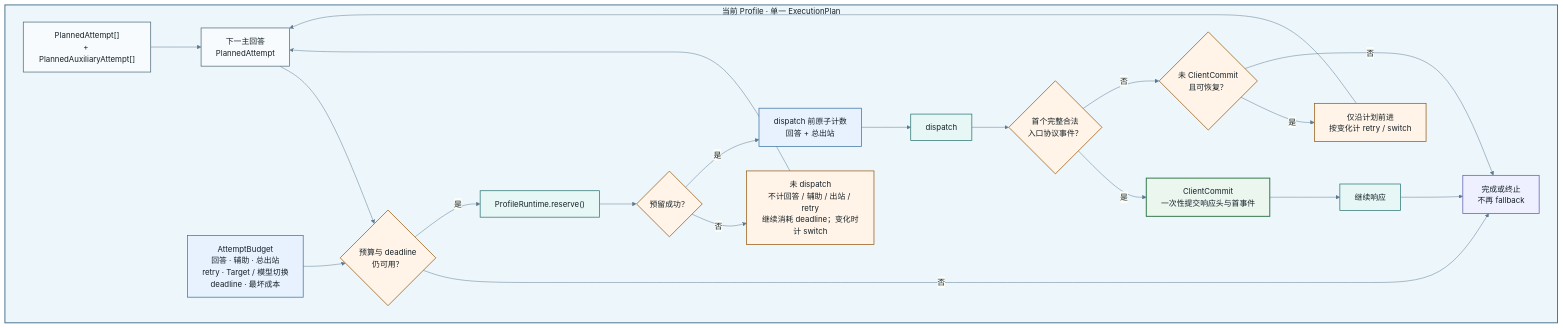
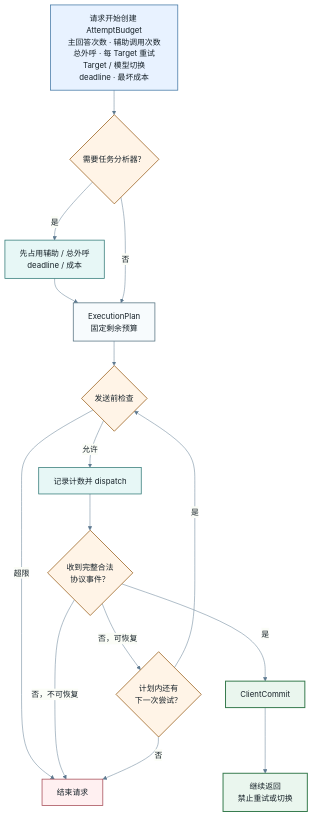
Before and after one commit to Euphie/llm-proxy: the diagram in docs-site/diagrams/attempt-budget.mmd, drawn with Mermaid. The commit also changed 39 other files, not shown here.

```diff
--- a/docs-site/diagrams/attempt-budget.mmd
+++ b/docs-site/diagrams/attempt-budget.mmd
@@ -1,63 +1,45 @@
 ---
 config:
   theme: base
   themeVariables:
     background: "#f4f9fc"
     fontFamily: "-apple-system, BlinkMacSystemFont, PingFang SC, sans-serif"
     primaryColor: "#f7fbfd"
     primaryTextColor: "#172229"
     primaryBorderColor: "#7ea1b4"
     lineColor: "#5d7990"
     clusterBkg: "#edf6fb"
     clusterBorder: "#7fafcf"
   flowchart:
     curve: basis
     htmlLabels: true
 ---
-flowchart LR
-  accTitle: 统一 AttemptBudget 与 ClientCommit 边界
-  accDescr: 同一 Profile 的执行计划统一约束主回答和辅助调用；只有实际 dispatch 才增加相应调用计数，提交前可恢复失败可沿计划前进，ClientCommit 后禁止重试或换 Target。
+flowchart TB
+  accTitle: 所有在线外呼共用一份 AttemptBudget
+  accDescr: 请求开始即创建 AttemptBudget。需要任务分析时先消耗辅助调用、总出站、截止时间和成本预算，随后 ExecutionPlan 固定剩余预算；主回答、视觉、重试和模型或 Target 切换继续共用它。预算不足立即结束，ClientCommit 后禁止重试和切换。响应后的异步评测使用独立预算，不在本图内。
 
-  subgraph PROFILE["当前 Profile · 单一 ExecutionPlan"]
-    direction LR
-    PLAN["PlannedAttempt[]<br/>+ PlannedAuxiliaryAttempt[]"]
-    BUDGET["AttemptBudget<br/>回答 · 辅助 · 总出站<br/>retry · Target / 模型切换<br/>deadline · 最坏成本"]
-    NEXT["下一主回答<br/>PlannedAttempt"]
-    GATE{"预算与 deadline<br/>仍可用？"}
-    RESERVE["ProfileRuntime.reserve()"]
-    RESERVED{"预留成功？"}
-    NO_DISPATCH["未 dispatch<br/>不计回答 / 辅助 / 出站 / retry<br/>继续消耗 deadline；变化时计 switch"]
-    COUNT["dispatch 前原子计数<br/>回答 + 总出站"]
-    DISPATCH["dispatch"]
-    EVENT{"首个完整合法<br/>入口协议事件？"}
-    PRECOMMIT{"未 ClientCommit<br/>且可恢复？"}
-    ADVANCE["仅沿计划前进<br/>按变化计 retry / switch"]
-    COMMIT["ClientCommit<br/>一次性提交响应头与首事件"]
-    STREAM["继续响应"]
-    STOP["完成或终止<br/>不再 fallback"]
-
-    PLAN --> NEXT --> GATE
-    BUDGET --> GATE
-    GATE -->|"否"| STOP
-    GATE -->|"是"| RESERVE --> RESERVED
-    RESERVED -->|"否"| NO_DISPATCH --> NEXT
-    RESERVED -->|"是"| COUNT --> DISPATCH --> EVENT
-    EVENT -->|"是"| COMMIT --> STREAM --> STOP
-    EVENT -->|"否"| PRECOMMIT
-    PRECOMMIT -->|"是"| ADVANCE --> NEXT
-    PRECOMMIT -->|"否"| STOP
-  end
+  BUDGET["请求开始创建 AttemptBudget<br/>主回答次数 · 辅助调用次数<br/>总外呼 · 每 Target 重试<br/>Target / 模型切换<br/>deadline · 最坏成本"] --> NEED_ANALYSIS{"需要任务分析器？"}
+  NEED_ANALYSIS -->|"是"| ANALYZER["先占用辅助 / 总外呼<br/>deadline / 成本"] --> PLAN["ExecutionPlan<br/>固定剩余预算"]
+  NEED_ANALYSIS -->|"否"| PLAN
+  PLAN --> CHECK{"发送前检查"}
+  CHECK -->|"超限"| STOP["结束请求"]
+  CHECK -->|"允许"| DISPATCH["记录计数并 dispatch"]
+  DISPATCH --> EVENT{"收到完整合法<br/>协议事件？"}
+  EVENT -->|"是"| COMMIT["ClientCommit"] --> STREAM["继续返回<br/>禁止重试或切换"]
+  EVENT -->|"否，可恢复"| NEXT{"计划内还有<br/>下一次尝试？"}
+  EVENT -->|"否，不可恢复"| STOP
+  NEXT -->|"是"| CHECK
+  NEXT -->|"否"| STOP
 
   classDef primary fill:#f7fbfd,color:#172229,stroke:#526f7e,stroke-width:1.5px;
   classDef budget fill:#e8f2ff,color:#172229,stroke:#3f75a3,stroke-width:1.5px;
+  classDef decision fill:#fff4e7,color:#172229,stroke:#965b15,stroke-width:1.5px;
   classDef runtime fill:#e7f7f6,color:#172229,stroke:#2d7774,stroke-width:1.5px;
-  classDef decision fill:#fff4e7,color:#172229,stroke:#965b15,stroke-width:1.5px;
   classDef commit fill:#eaf6ee,color:#172229,stroke:#34794b,stroke-width:2px;
-  classDef terminal fill:#eef0ff,color:#172229,stroke:#625eb5,stroke-width:1.5px;
-  class PLAN,NEXT primary;
-  class BUDGET,COUNT budget;
-  class RESERVE,DISPATCH,STREAM runtime;
-  class GATE,RESERVED,NO_DISPATCH,EVENT,PRECOMMIT,ADVANCE decision;
-  class COMMIT commit;
+  classDef terminal fill:#fff0f1,color:#172229,stroke:#a34752,stroke-width:1.5px;
+  class PLAN primary;
+  class BUDGET budget;
+  class NEED_ANALYSIS,CHECK,EVENT,NEXT decision;
+  class ANALYZER,DISPATCH runtime;
+  class COMMIT,STREAM commit;
   class STOP terminal;
-  style PROFILE fill:#edf6fb,stroke:#4a758f,stroke-width:2px,color:#172229
```
